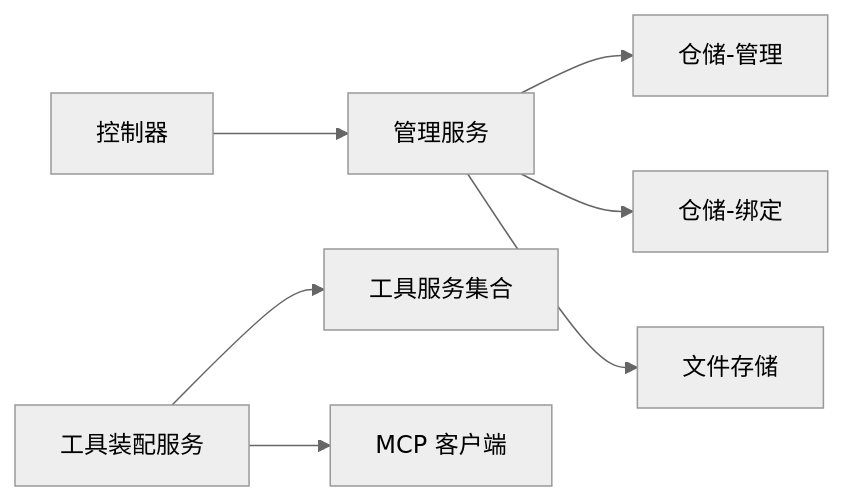
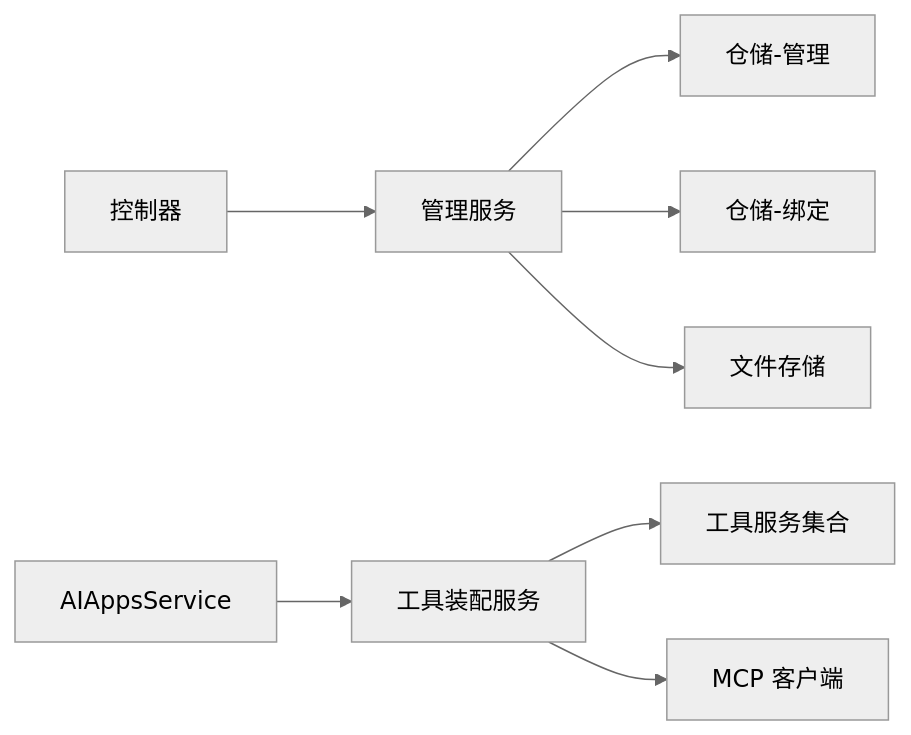
Before and after one commit to junkai-li/NetCoreKevin: the seventh of 7 diagrams in .qoder/repowiki/zh/content/AI智能体/技能工具管理.md, drawn with Mermaid (neutral theme). The commit also changed other lines of this file and 41 other files, not shown here.

````diff
--- a/.qoder/repowiki/zh/content/AI智能体/技能工具管理.md
+++ b/.qoder/repowiki/zh/content/AI智能体/技能工具管理.md
@@ -352,9 +437,10 @@
 ```mermaid
 graph LR
 Ctl["控制器"] --> SvcMgr["管理服务"]
 SvcMgr --> RepoMgr["仓储-管理"]
 SvcMgr --> RepoBind["仓储-绑定"]
-SvcAgent["工具装配服务"] --> Tools["工具服务集合"]
+SvcApp["AIAppsService"] --> SvcAgent["工具装配服务"]
+SvcAgent --> Tools["工具服务集合"]
 SvcAgent --> MCP["MCP 客户端"]
 SvcMgr --> FS["文件存储"]
 ```
````
